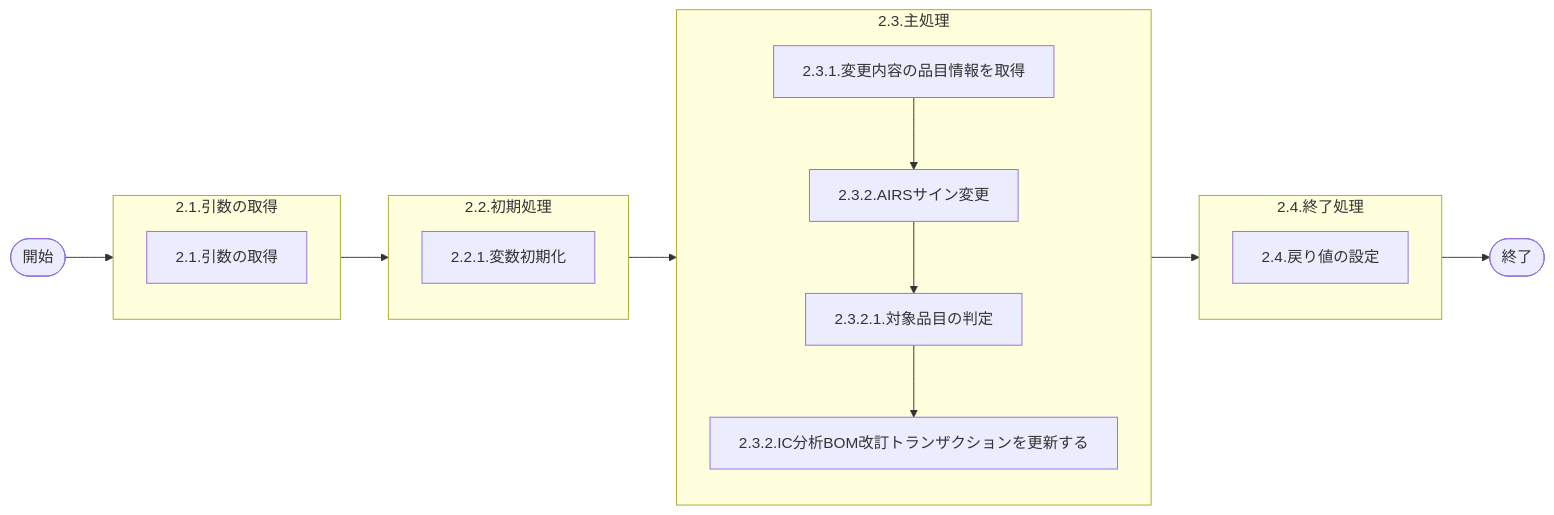
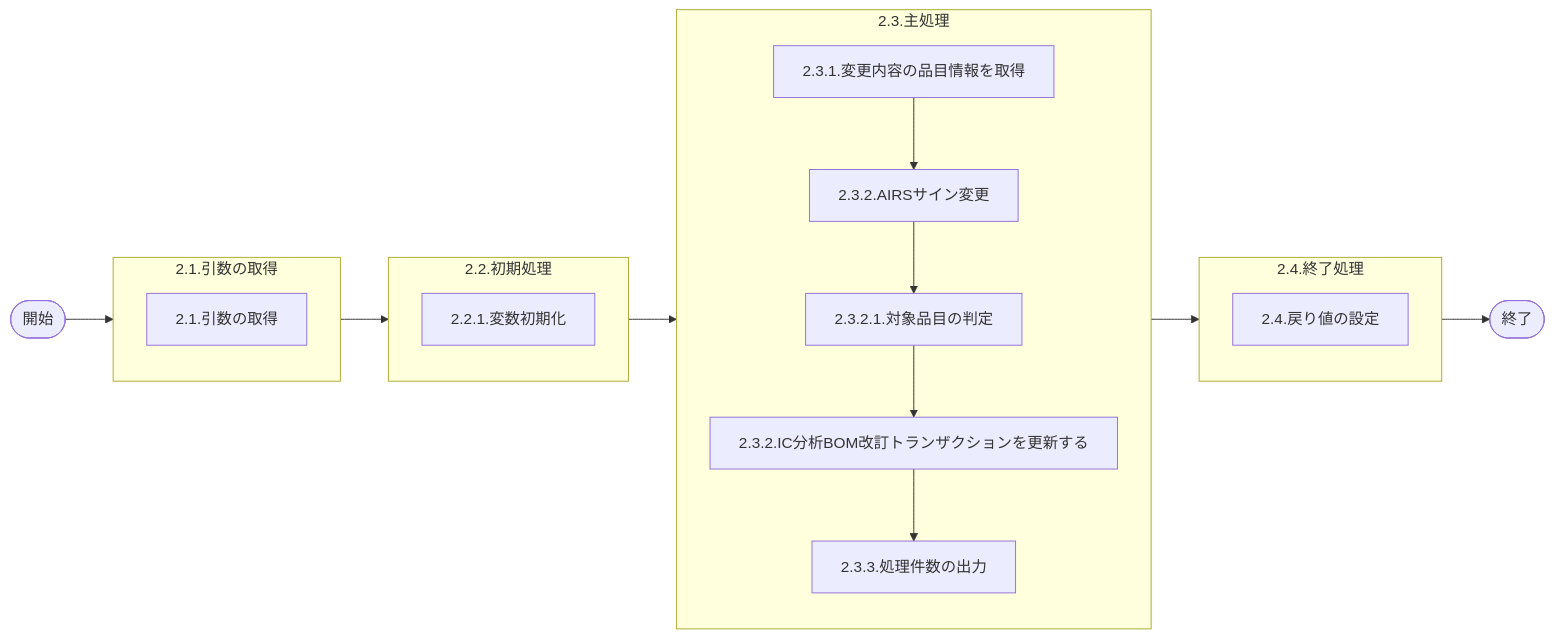
The diagram in LDPS0004_詳細設計_IC分析メイン処理-AIRSサイン変更(現品票削除用)S≠Uairs.md (huangyiyong-xm/GIMAC_IC_design), drawn with Mermaid before and after one commit. The commit also changed other lines of this file and 3 other files, not shown here.

````diff
--- a/LDPS0004_詳細設計_IC分析メイン処理-AIRSサイン変更(現品票削除用)S≠Uairs.md
+++ b/LDPS0004_詳細設計_IC分析メイン処理-AIRSサイン変更(現品票削除用)S≠Uairs.md
@@ -22,32 +22,32 @@
 ```mermaid
 flowchart LR
    %% メインフローブランチ
    start(["開始"]) --> argBlock --> initBlock --> mainBlock --> endBlock --> endStatus(["終了"])
  
    %% 引数処理詳細フロー
    subgraph argBlock ["2.1.引数の取得"]
      arg_process_and_check["<div style='white-space: nowrap;'>2.1.引数の取得</div>"]
    end
  
    %% 初期処理詳細フロー
    subgraph initBlock ["2.2.初期処理"]
       init_process["<div style='white-space: nowrap;'>2.2.1.変数初期化</div>"]
    end
  
    %% 主処理詳細フロー
    subgraph mainBlock ["2.3.主処理"]
      main_process["<div style='white-space: nowrap;'>2.3.1.変更内容の品目情報を取得</div>"] 
      main_process --> airSign["<div style='white-space: nowrap;'>2.3.2.AIRSサイン変更</div>"] 
      airSign --> flagCheck["<div style='white-space: nowrap;'>2.3.2.1.対象品目の判定</div>"]  
      flagCheck --> updateDerev["<div style='white-space: nowrap;'>2.3.2.IC分析BOM改訂トランザクションを更新する</div>"]
-
+     updateDerev --> log["<div style='white-space: nowrap;'>2.3.3.処理件数の出力</div>"]
    end
  
    %% 終了処理
    subgraph endBlock ["2.4.終了処理"]
      end_process["<div style='white-space: nowrap;'>2.4.戻り値の設定</div>"]
    end
  
    class start,end_process startEnd
    class arg_process,init_process,main_process process
 ```
````
